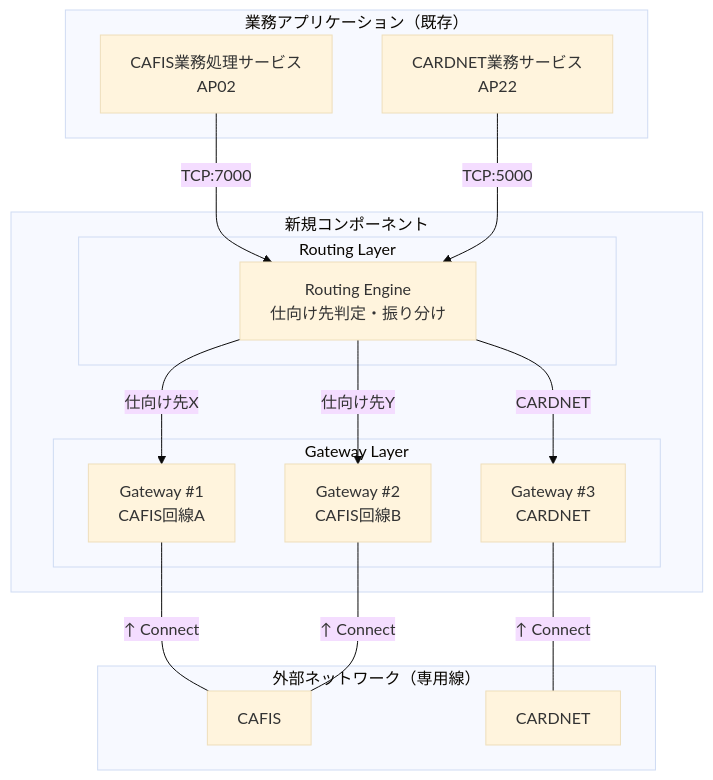
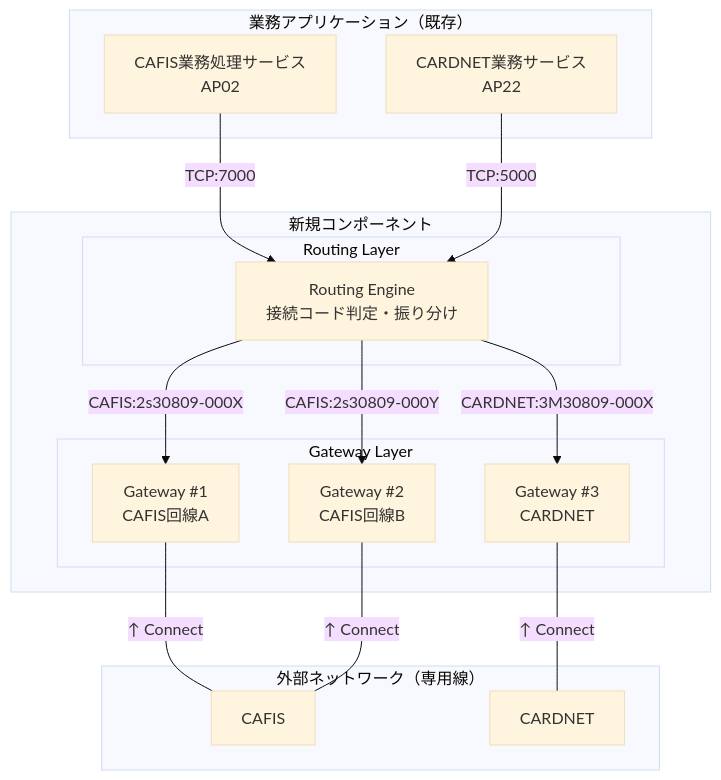
The second of 3 diagrams in FEXICS/02-architecture_proposal.md (kyoshizawa/kywiki2), drawn with Mermaid (base theme) before and after one commit. The commit also changed other lines of this file and 1 other file, not shown here.

````diff
--- a/FEXICS/02-architecture_proposal.md
+++ b/FEXICS/02-architecture_proposal.md
@@ -107,33 +107,33 @@
 ```mermaid
 graph TB
     subgraph "業務アプリケーション（既存）"
         CB[CAFIS業務処理サービス<br/>AP02]
         CS[CARDNET業務サービス<br/>AP22]
     end
 
     subgraph "新規コンポーネント"
         subgraph "Routing Layer"
-            RT[Routing Engine<br/>仕向け先判定・振り分け]
+            RT[Routing Engine<br/>接続コード判定・振り分け]
         end
 
         subgraph "Gateway Layer"
             GW1[Gateway #1<br/>CAFIS回線A]
             GW2[Gateway #2<br/>CAFIS回線B]
             GW3[Gateway #3<br/>CARDNET]
         end
     end
 
     subgraph "外部ネットワーク（専用線）"
         CAFIS[CAFIS]
         CARDNET[CARDNET]
     end
 
     CB -->|TCP:7000| RT
     CS -->|TCP:5000| RT
-    RT -->|仕向け先X| GW1
-    RT -->|仕向け先Y| GW2
-    RT -->|CARDNET| GW3
+    RT -->|CAFIS:2s30809-000X| GW1
+    RT -->|CAFIS:2s30809-000Y| GW2
+    RT -->|CARDNET:3M30809-000X| GW3
     GW1 ---|↑ Connect| CAFIS
     GW2 ---|↑ Connect| CAFIS
     GW3 ---|↑ Connect| CARDNET
 ```
````
